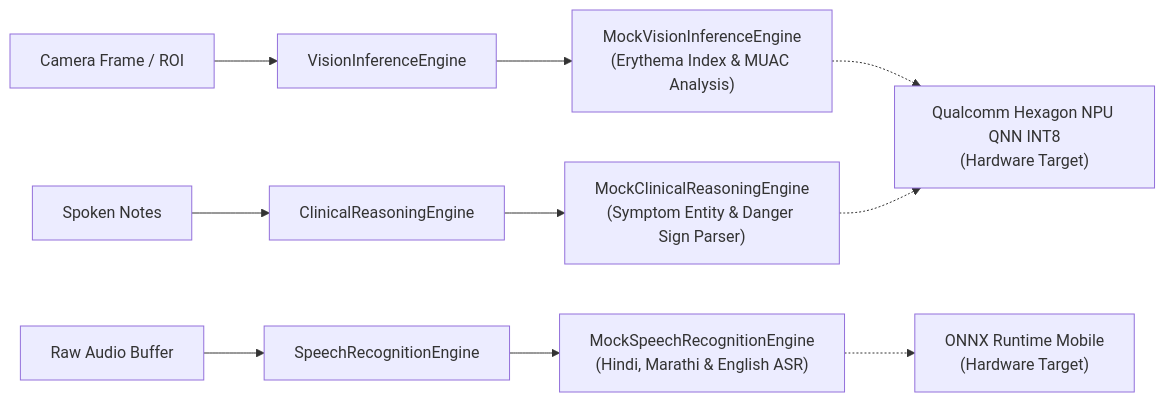
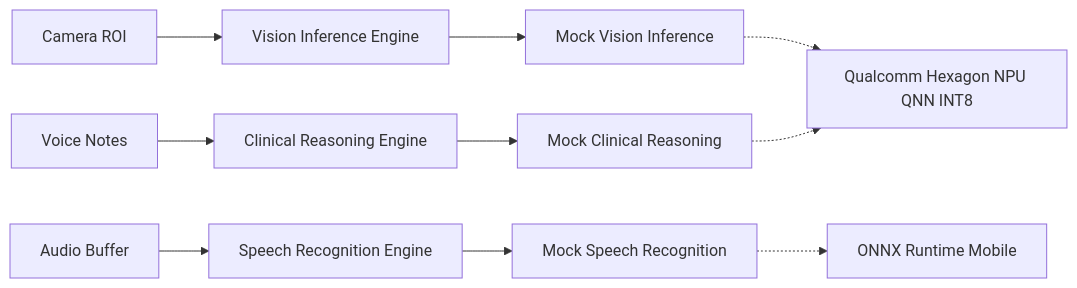
The third of 4 diagrams in README.md (SarthakNC/Nidan-AI---IQOO-INDIA-HACKATHON-IDEA-SUBMISSION), drawn with Mermaid before and after one commit. The commit also changed other lines of this file, not shown here.

First line of the commit message:
docs: update architecture flowchart in README

````diff
--- a/README.md
+++ b/README.md
@@ -207,14 +200,30 @@
 ```mermaid
 flowchart LR
-    Cam["Camera Frame / ROI"] --> VIE["VisionInferenceEngine"]
-    Mic["Raw Audio Buffer"] --> SRE["SpeechRecognitionEngine"]
-    Text["Spoken Notes"] --> CRE["ClinicalReasoningEngine"]
 
-    VIE --> MVIE["MockVisionInferenceEngine<br/>(Erythema Index & MUAC Analysis)"]
-    SRE --> MSRE["MockSpeechRecognitionEngine<br/>(Hindi, Marathi & English ASR)"]
-    CRE --> MCRE["MockClinicalReasoningEngine<br/>(Symptom Entity & Danger Sign Parser)"]
+    CAM["Camera ROI"]
+    MIC["Audio Buffer"]
+    TEXT["Voice Notes"]
 
-    MVIE -.-> QNN["Qualcomm Hexagon NPU QNN INT8<br/>(Hardware Target)"]
-    MSRE -.-> ONNX["ONNX Runtime Mobile<br/>(Hardware Target)"]
+    VIE["Vision Inference Engine"]
+    SRE["Speech Recognition Engine"]
+    CRE["Clinical Reasoning Engine"]
+
+    MVIE["Mock Vision Inference"]
+    MSRE["Mock Speech Recognition"]
+    MCRE["Mock Clinical Reasoning"]
+
+    QNN["Qualcomm Hexagon NPU QNN INT8"]
+    ONNX["ONNX Runtime Mobile"]
+
+    CAM --> VIE
+    MIC --> SRE
+    TEXT --> CRE
+
+    VIE --> MVIE
+    SRE --> MSRE
+    CRE --> MCRE
+
+    MVIE -.-> QNN
+    MSRE -.-> ONNX
     MCRE -.-> QNN
 ```
````
